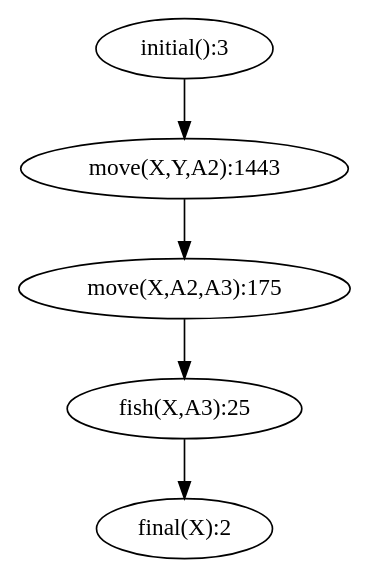
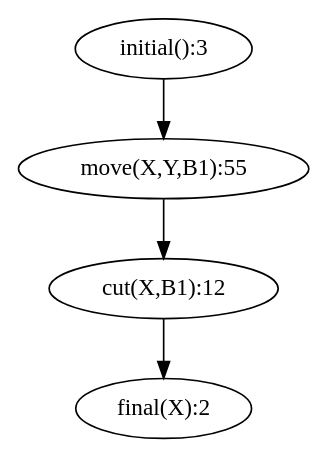
One commit to tokyramarozaka/mimosa-iriela-extension changed the diagram in output/simplified.png.dot. Above: the diagram before and after it, drawn with Graphviz. The commit also changed 21 other files, not shown here.

```diff
--- a/output/simplified.png.dot
+++ b/output/simplified.png.dot
@@ -1,6 +1,5 @@
 digraph G { 
-  "initial():3" -> "move(X,Y,A2):1443";
-  "fish(X,A3):25" -> "final(X):2";
-  "move(X,A2,A3):175" -> "fish(X,A3):25";
-  "move(X,Y,A2):1443" -> "move(X,A2,A3):175";
+  "initial():3" -> "move(X,Y,B1):55";
+  "cut(X,B1):12" -> "final(X):2";
+  "move(X,Y,B1):55" -> "cut(X,B1):12";
 }
```
